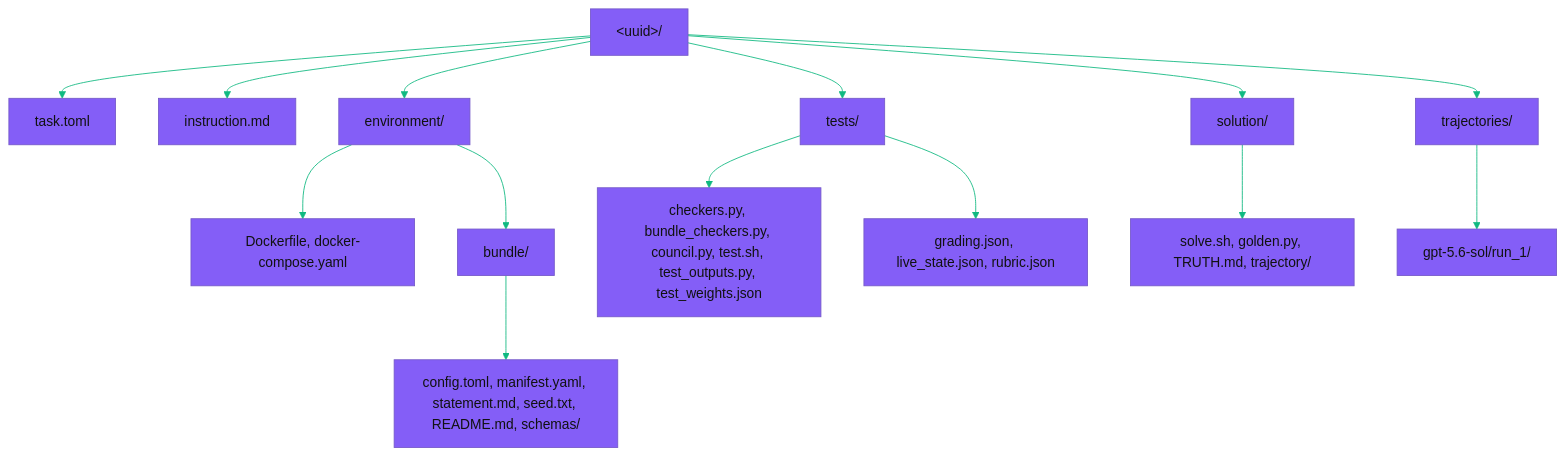
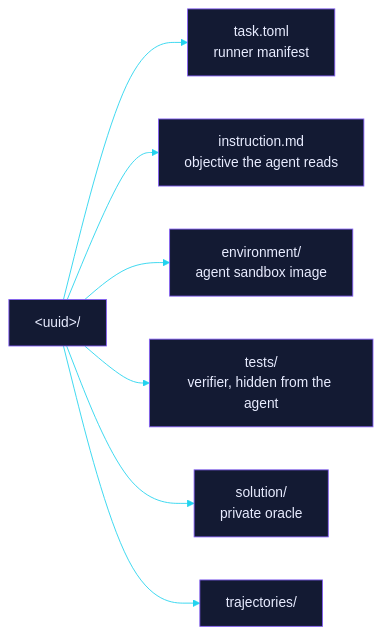
Before and after one commit to EtharaOrion/rinzler-samples: the first of 2 diagrams in README.md, drawn with Mermaid. The commit also changed other lines of this file and 1 other file, not shown here.

````diff
--- a/README.md
+++ b/README.md
@@ -43,17 +111,11 @@
 ```mermaid
-%%{init: {"theme":"base","themeVariables":{"primaryColor":"#845EF7","lineColor":"#10b981","primaryTextColor":"#111","fontFamily":"ui-sans-serif"}}}%%
-flowchart TD
-    root["&lt;uuid&gt;/"] --> toml["task.toml"]
-    root --> instr["instruction.md"]
-    root --> env["environment/"]
-    root --> tests["tests/"]
-    root --> sol["solution/"]
-    root --> traj["trajectories/"]
-    env --> ef["Dockerfile, docker-compose.yaml"]
-    env --> bundle["bundle/"]
-    bundle --> bf["config.toml, manifest.yaml, statement.md, seed.txt, README.md, schemas/"]
-    tests --> tf["checkers.py, bundle_checkers.py, council.py, test.sh, test_outputs.py, test_weights.json"]
-    tests --> tj["grading.json, live_state.json, rubric.json"]
-    sol --> sf["solve.sh, golden.py, TRUTH.md, trajectory/"]
-    traj --> tg["gpt-5.6-sol/run_1/"]
+%%{init: {"theme":"base","themeVariables":{"primaryColor":"#131a33","primaryTextColor":"#e8ecff","primaryBorderColor":"#845EF7","lineColor":"#22d3ee","fontFamily":"monospace"}}}%%
+flowchart LR
+    bundle["&lt;uuid&gt;/"]
+    bundle --> n0["task.toml<br/>runner manifest"]
+    bundle --> n1["instruction.md<br/>objective the agent reads"]
+    bundle --> n2["environment/<br/>agent sandbox image"]
+    bundle --> n3["tests/<br/>verifier, hidden from the agent"]
+    bundle --> n4["solution/<br/>private oracle"]
+    bundle --> n5["trajectories/"]
 ```
````
